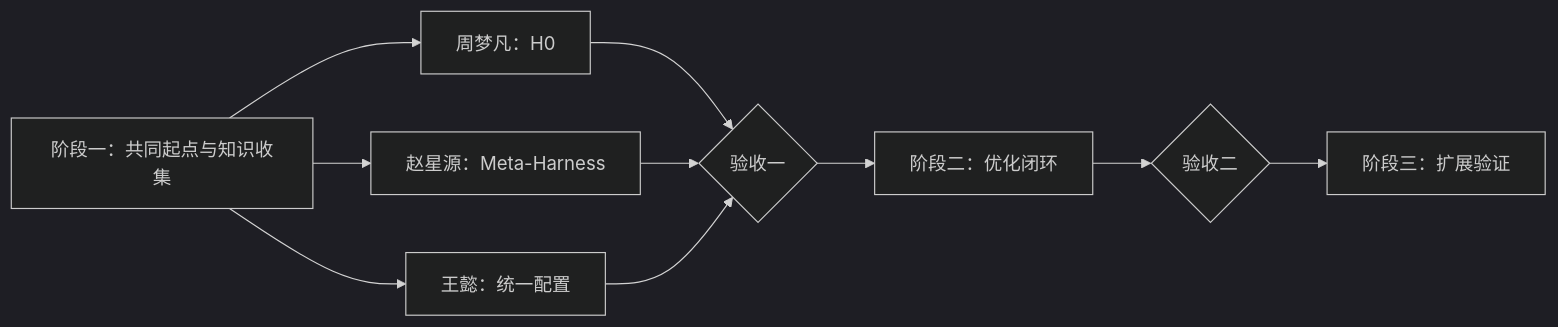
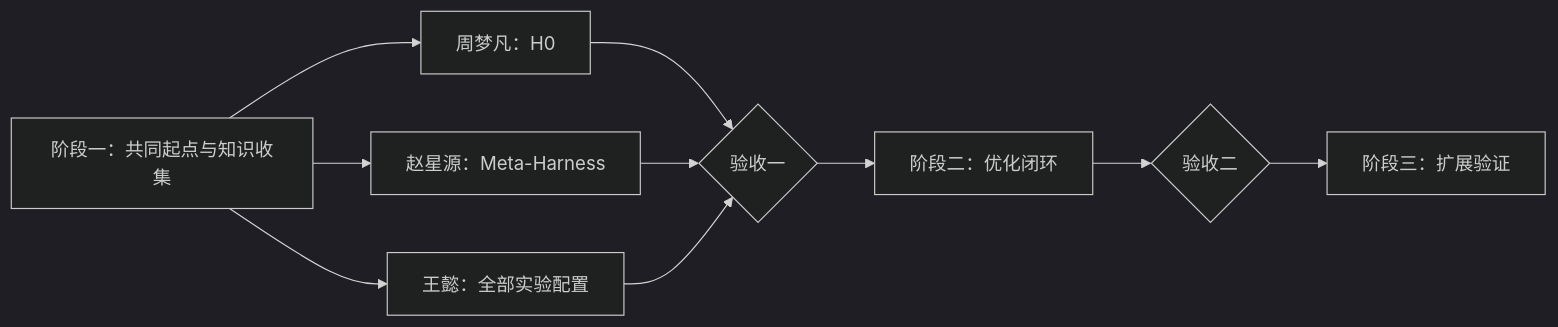
One commit to estreallaxy/knowledge-guided-harness-evolution changed the diagram in docs/team-execution-plan.md. Above: the diagram before and after it, drawn with Mermaid (dark theme). The commit also changed other lines of this file and 1 other file, not shown here.

````diff
--- a/docs/team-execution-plan.md
+++ b/docs/team-execution-plan.md
@@ -5,12 +5,12 @@
 ```mermaid
 flowchart LR
     A[阶段一：共同起点与知识收集] --> A1[周梦凡：H0]
     A --> A2[赵星源：Meta-Harness]
-    A --> A3[王懿：统一配置]
+    A --> A3[王懿：全部实验配置]
     A1 --> B{验收一}
     A2 --> B
     A3 --> B
     B --> C[阶段二：优化闭环]
     C --> D{验收二}
     D --> E[阶段三：扩展验证]
 ```
````
